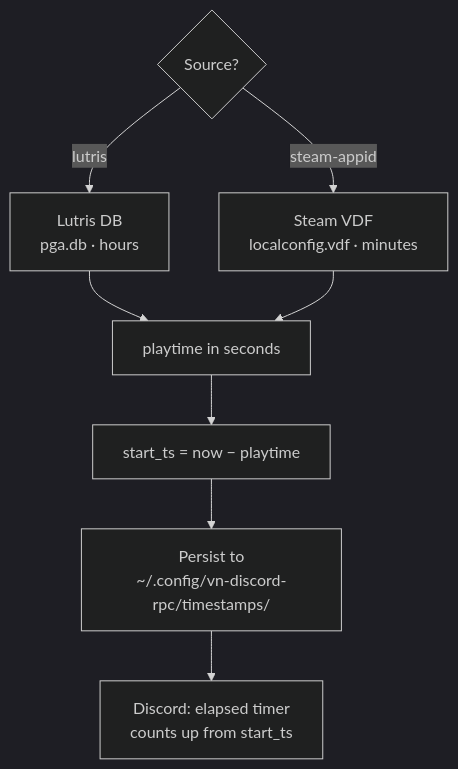
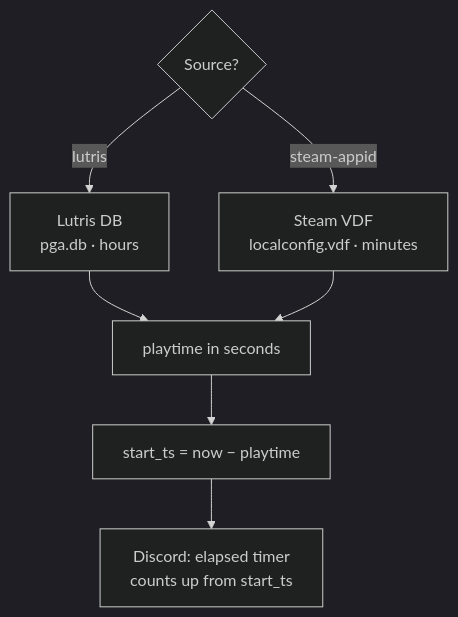
One commit to jayng9663/VN-Presence changed the fourth of 4 diagrams in README.md. Above: the diagram before and after it, drawn with Mermaid (dark theme). The commit also changed other lines of this file, not shown here.

````diff
--- a/README.md
+++ b/README.md
@@ -92,11 +91,10 @@
 ```mermaid
 flowchart TD
     SRC{Source?}
     SRC -- lutris --> LDB[Lutris DB\npga.db · hours]
     SRC -- steam-appid --> VDF[Steam VDF\nlocalconfig.vdf · minutes]
     LDB --> PT[playtime in seconds]
     VDF --> PT
     PT --> TS[start_ts = now − playtime]
-    TS --> PERSIST[Persist to\n~/.config/vn-discord-rpc/timestamps/]
-    PERSIST --> DISC[Discord: elapsed timer\ncounts up from start_ts]
+    TS --> DISC[Discord: elapsed timer\ncounts up from start_ts]
 ```
````
